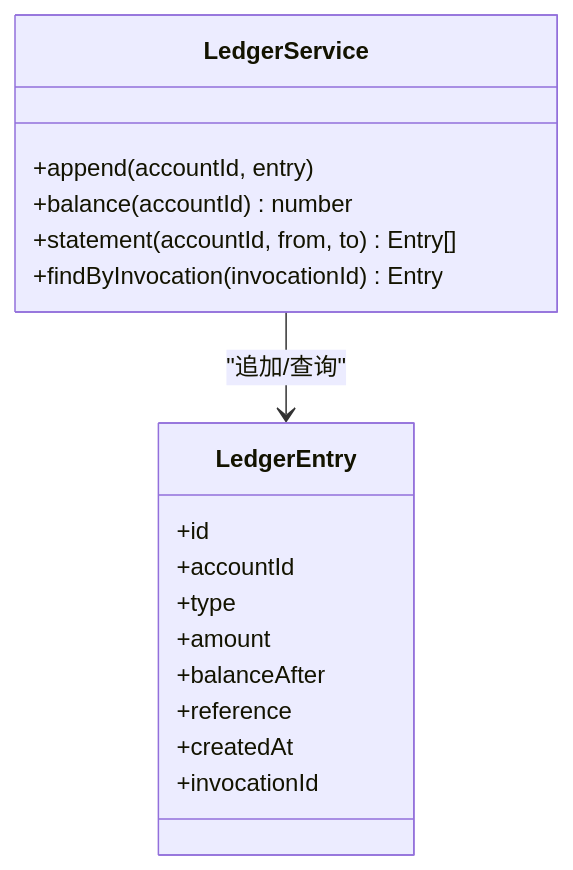
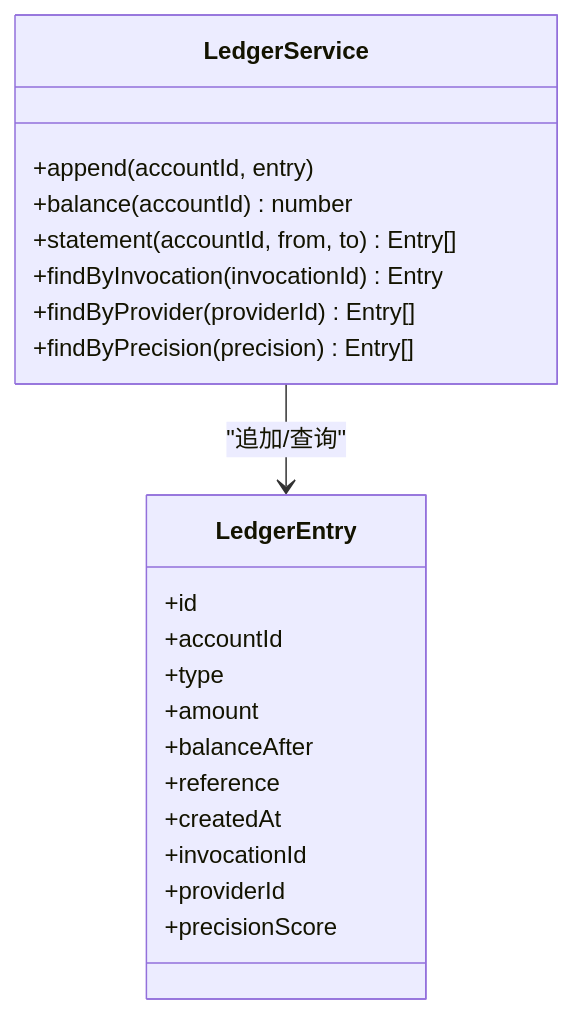
Diagram 12 of 16 in .qoder/repowiki/zh/content/项目概述/计费配置/计费和会计账簿系统.md (scottcwy/PurpleInk), drawn with Mermaid before and after one commit. The commit also changed other lines of this file and 37 other files, not shown here.

````diff
--- a/.qoder/repowiki/zh/content/项目概述/计费配置/计费和会计账簿系统.md
+++ b/.qoder/repowiki/zh/content/项目概述/计费配置/计费和会计账簿系统.md
@@ -478,20 +575,24 @@
 ```mermaid
 classDiagram
 class LedgerService {
 +append(accountId, entry)
 +balance(accountId) number
 +statement(accountId, from, to) Entry[]
 +findByInvocation(invocationId) Entry
++findByProvider(providerId) Entry[]
++findByPrecision(precision) Entry[]
 }
 class LedgerEntry {
 +id
 +accountId
 +type
 +amount
 +balanceAfter
 +reference
 +createdAt
 +invocationId
++providerId
++precisionScore
 }
 LedgerService --> LedgerEntry : "追加/查询"
 ```
````
